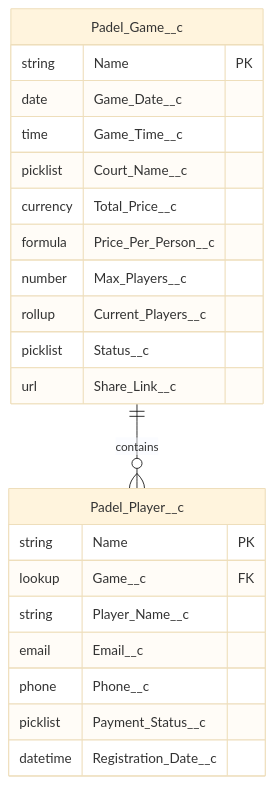
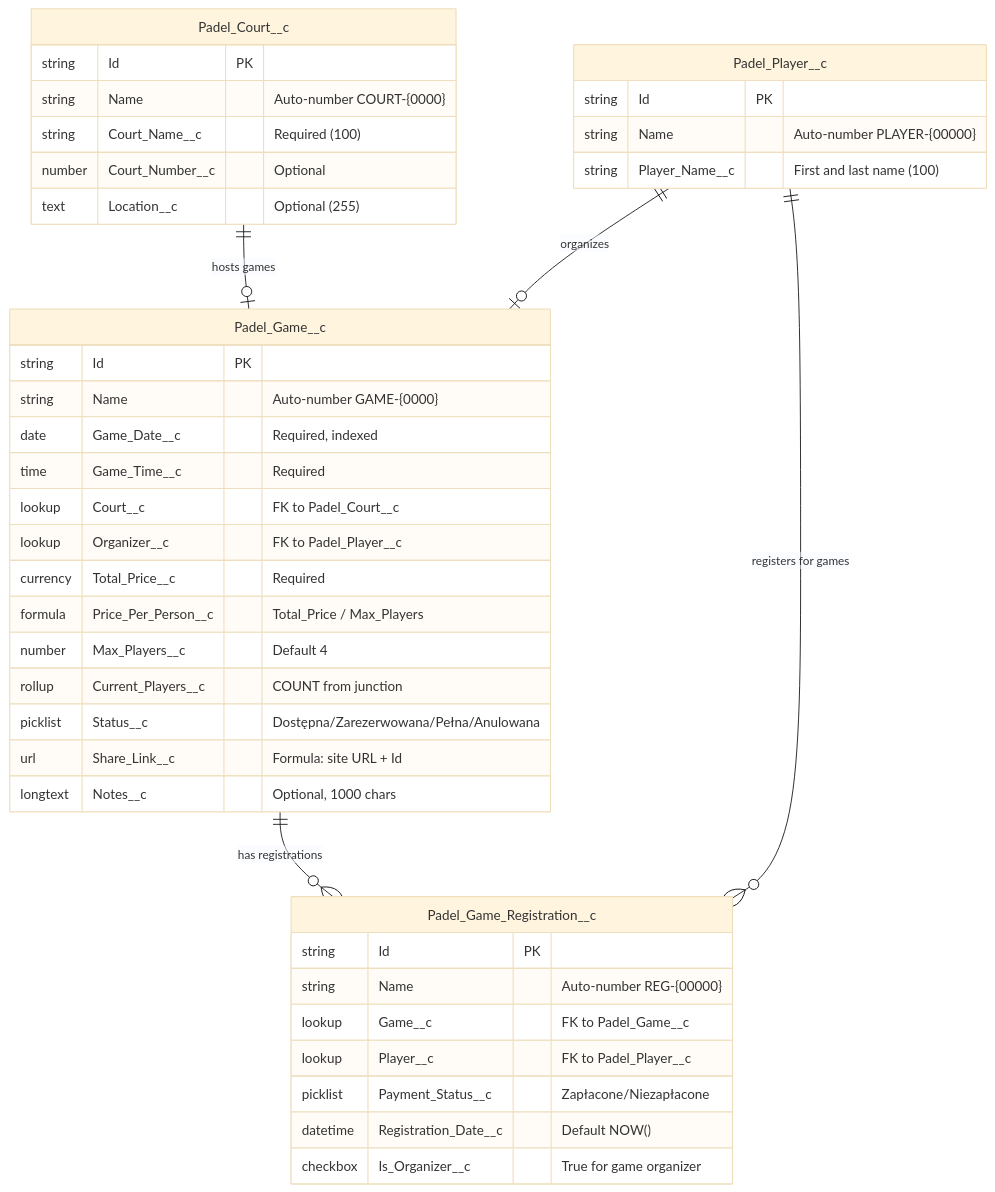
One commit to Feeell2/PadelBookingApp changed the first of 3 diagrams in bookingPadelApp/BookingPadelApp/padel-booking-experience-cloud-design.md. Above: the diagram before and after it, drawn with Mermaid (base theme). The commit also changed other lines of this file, not shown here.

````diff
--- a/bookingPadelApp/BookingPadelApp/padel-booking-experience-cloud-design.md
+++ b/bookingPadelApp/BookingPadelApp/padel-booking-experience-cloud-design.md
@@ -217,27 +41,47 @@
 ```mermaid
 erDiagram
-    Padel_Game__c ||--o{ Padel_Player__c : "contains"
+    Padel_Game__c ||--o{ Padel_Game_Registration__c : "has registrations"
+    Padel_Player__c ||--o{ Padel_Game_Registration__c : "registers for games"
+    Padel_Court__c ||--o| Padel_Game__c : "hosts games"
+    Padel_Player__c ||--o| Padel_Game__c : "organizes"
 
     Padel_Game__c {
-        string Name PK
-        date Game_Date__c
-        time Game_Time__c
-        picklist Court_Name__c
-        currency Total_Price__c
-        formula Price_Per_Person__c
-        number Max_Players__c
-        rollup Current_Players__c
-        picklist Status__c
-        url Share_Link__c
+        string Id PK
+        string Name "Auto-number GAME-{0000}"
+        date Game_Date__c "Required, indexed"
+        time Game_Time__c "Required"
+        lookup Court__c "FK to Padel_Court__c"
+        lookup Organizer__c "FK to Padel_Player__c"
+        currency Total_Price__c "Required"
+        formula Price_Per_Person__c "Total_Price / Max_Players"
+        number Max_Players__c "Default 4"
+        rollup Current_Players__c "COUNT from junction"
+        picklist Status__c "Dostępna/Zarezerwowana/Pełna/Anulowana"
+        url Share_Link__c "Formula: site URL + Id"
+        longtext Notes__c "Optional, 1000 chars"
     }
 
     Padel_Player__c {
-        string Name PK
-        lookup Game__c FK
-        string Player_Name__c
-        email Email__c
-        phone Phone__c
-        picklist Payment_Status__c
-        datetime Registration_Date__c
+        string Id PK
+        string Name "Auto-number PLAYER-{00000}"
+        string Player_Name__c "First and last name (100)"
+    }
+
+    Padel_Court__c {
+        string Id PK
+        string Name "Auto-number COURT-{0000}"
+        string Court_Name__c "Required (100)"
+        number Court_Number__c "Optional"
+        text Location__c "Optional (255)"
+    }
+
+    Padel_Game_Registration__c {
+        string Id PK
+        string Name "Auto-number REG-{00000}"
+        lookup Game__c "FK to Padel_Game__c"
+        lookup Player__c "FK to Padel_Player__c"
+        picklist Payment_Status__c "Zapłacone/Niezapłacone"
+        datetime Registration_Date__c "Default NOW()"
+        checkbox Is_Organizer__c "True for game organizer"
     }
 ```
````
